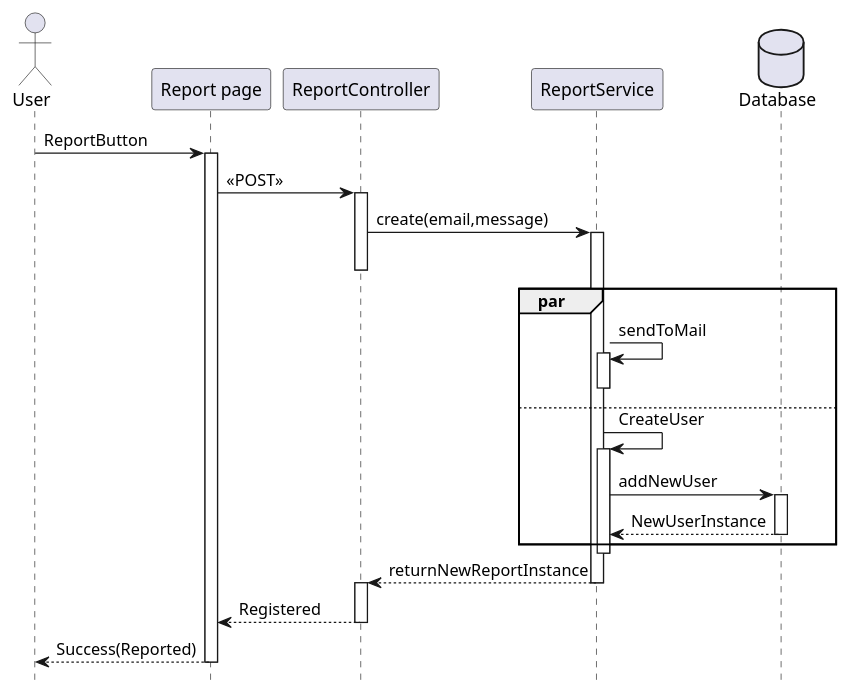
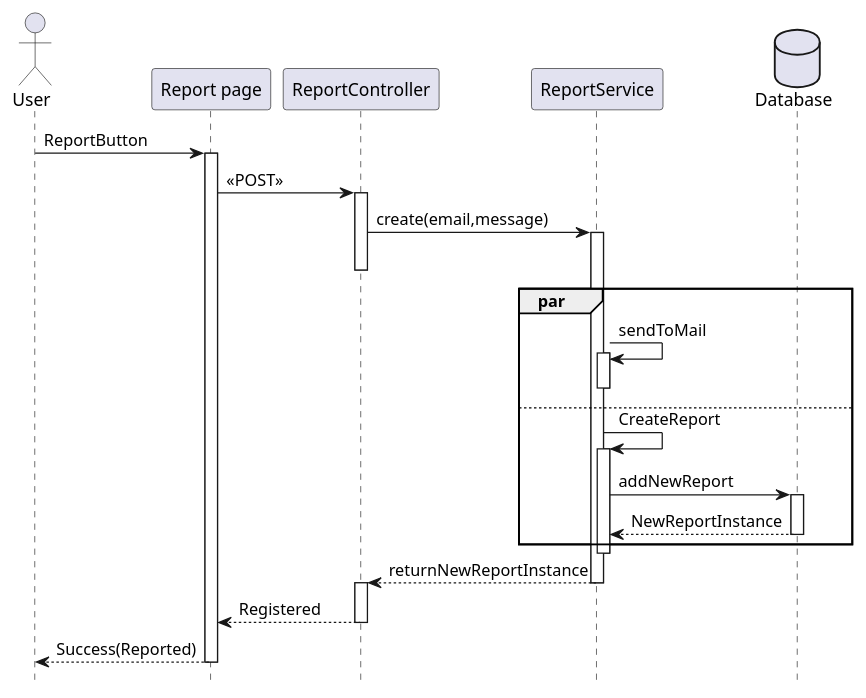
The diagram in docs/UML/SequenceDiagrams/SendReport.puml (Belapko-Aleksey/PAS), drawn with PlantUML before and after one commit.

Commit message:
SequenceDiagrams/SendReport bug fix.

```diff
--- a/docs/UML/SequenceDiagrams/SendReport.puml
+++ b/docs/UML/SequenceDiagrams/SendReport.puml
@@ -2,41 +2,41 @@
 @startuml Send Report
 
 hide footbox
 
 actor User
 User -> "Report page" as UI: ReportButton
 activate UI
 
 UI -> ReportController: << POST >>
 activate ReportController
 
 ReportController -> ReportService: create(email,message)
 activate ReportService
 deactivate ReportController
 
 par
 ReportService -> ReportService: sendToMail
 else
 activate ReportService
 deactivate ReportService
 database Database
-ReportService -> ReportService: CreateUser
+ReportService -> ReportService: CreateReport
 activate ReportService
-ReportService -> Database: addNewUser
+ReportService -> Database: addNewReport
 activate Database
-ReportService <-- Database: NewUserInstance
+ReportService <-- Database: NewReportInstance
 deactivate Database
 end
 
 deactivate ReportService
 ReportService --> ReportController: returnNewReportInstance
 deactivate ReportService
 
 activate ReportController
 ReportController --> UI : Registered
 deactivate ReportController
 
 UI --> User: Success(Reported)
 deactivate UI
 
 @enduml
```
